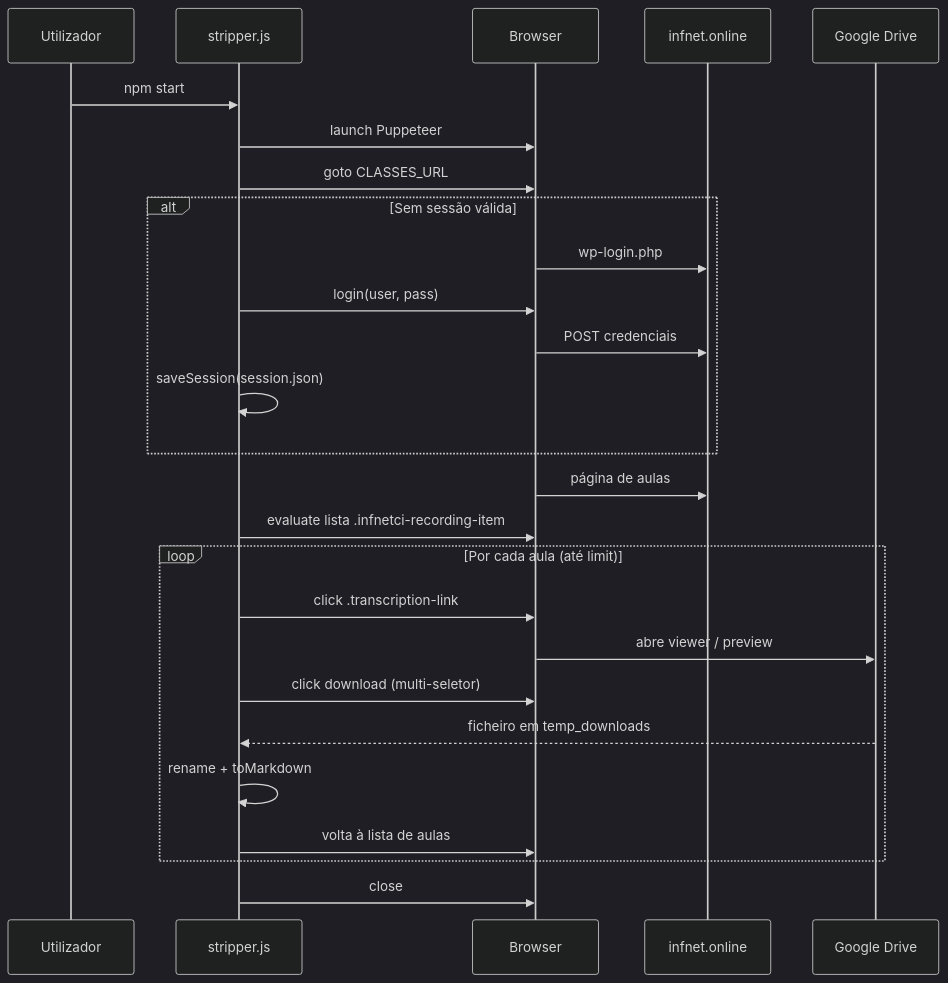
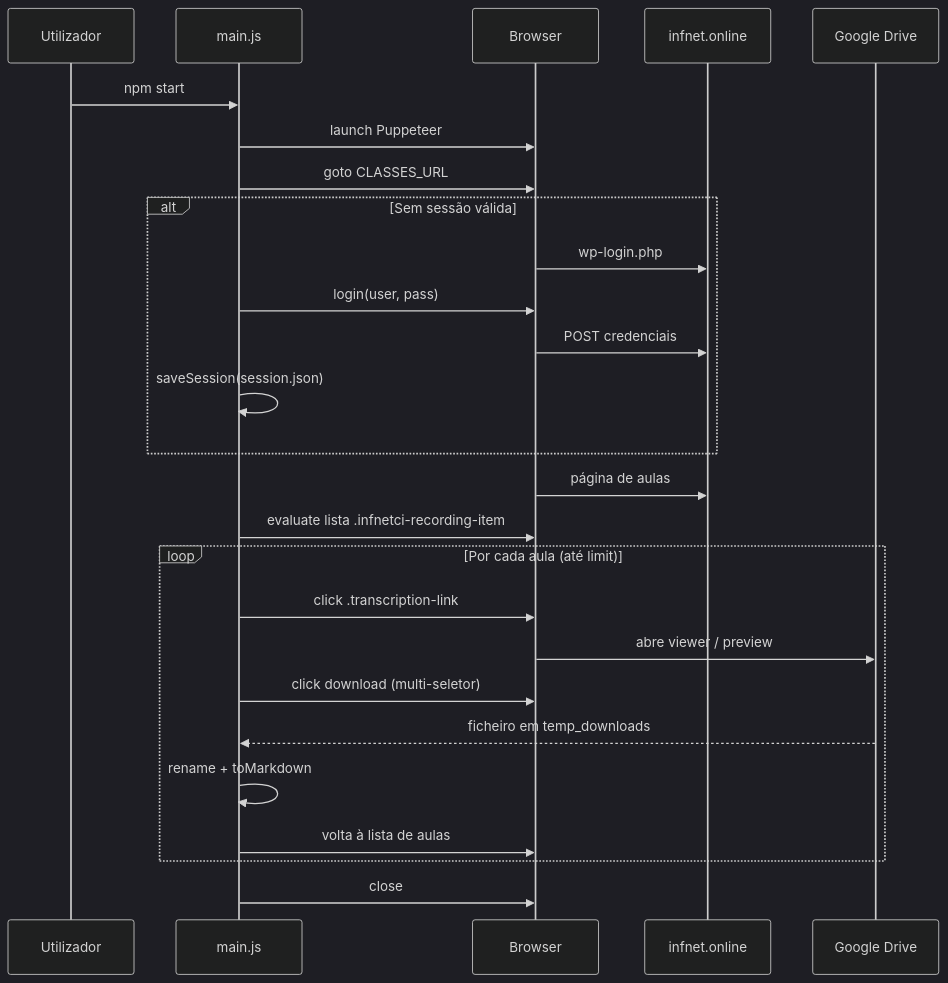
The second of 2 diagrams in README.md (GaabDevWeb/STRIPPERscrapper), drawn with Mermaid (dark theme) before and after one commit. The commit also changed other lines of this file and 11 other files, not shown here.

````diff
--- a/README.md
+++ b/README.md
@@ -92,29 +103,29 @@
 ```mermaid
 sequenceDiagram
   participant U as Utilizador
-  participant S as stripper.js
+  participant S as main.js
   participant B as Browser
   participant I as infnet.online
   participant G as Google Drive
 
   U->>S: npm start
   S->>B: launch Puppeteer
   S->>B: goto CLASSES_URL
   alt Sem sessão válida
     B->>I: wp-login.php
     S->>B: login(user, pass)
     B->>I: POST credenciais
     S->>S: saveSession(session.json)
   end
   B->>I: página de aulas
   S->>B: evaluate lista .infnetci-recording-item
   loop Por cada aula (até limit)
     S->>B: click .transcription-link
     B->>G: abre viewer / preview
     S->>B: click download (multi-seletor)
     G-->>S: ficheiro em temp_downloads
     S->>S: rename + toMarkdown
     S->>B: volta à lista de aulas
   end
   S->>B: close
 ```
````
